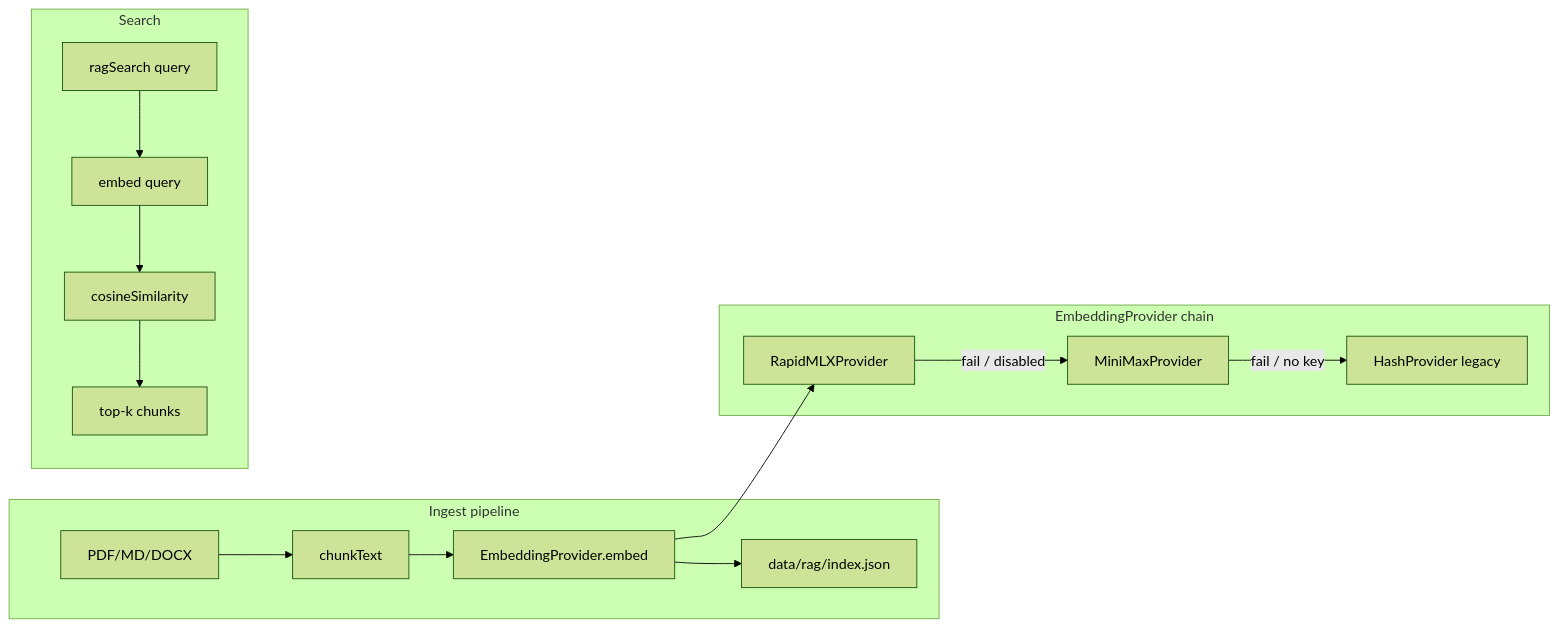
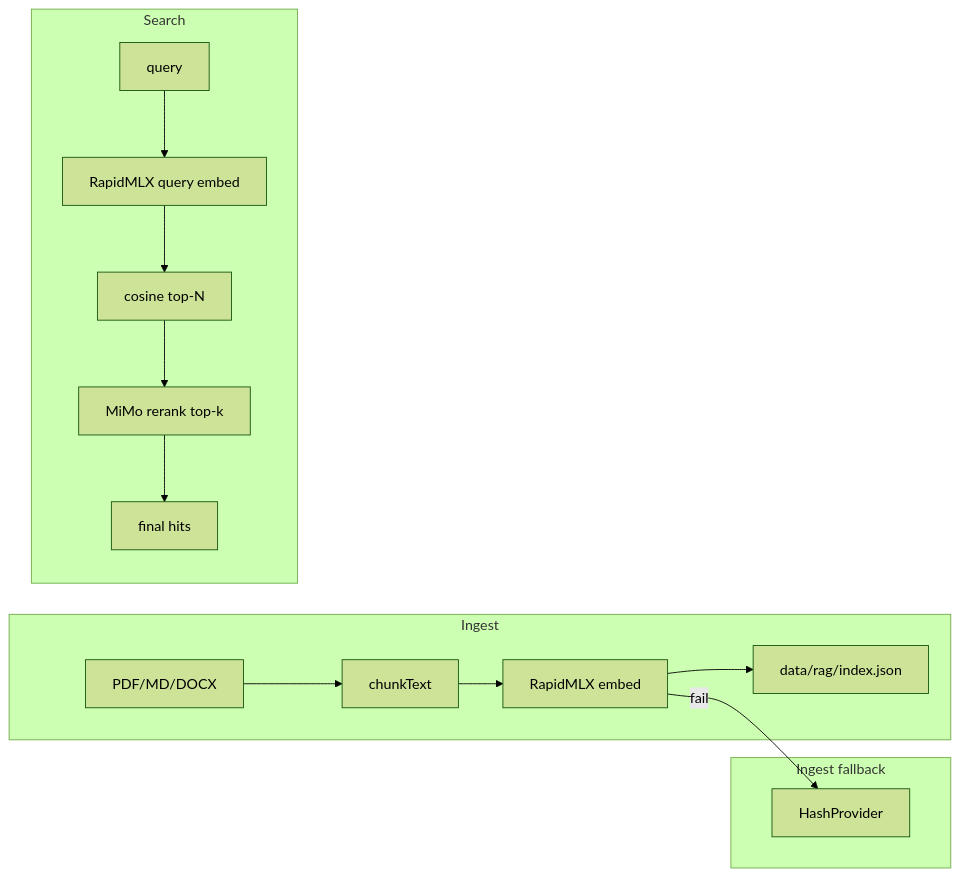
Before and after one commit to whelp99-code/whelp99-code-sangfor-engineer-mcp: the diagram in docs/design/RAG_SEMANTIC_EMBEDDINGS.md, drawn with Mermaid (forest theme). The commit also changed other lines of this file and 4 other files, not shown here.

First line of the commit message:
docs: correct cloud RAG provider to Xiaomi MiMo (not MiniMax)

````diff
--- a/docs/design/RAG_SEMANTIC_EMBEDDINGS.md
+++ b/docs/design/RAG_SEMANTIC_EMBEDDINGS.md
@@ -22,18 +22,17 @@
 ```mermaid
 flowchart LR
-  subgraph ingest [Ingest pipeline]
+  subgraph ingest [Ingest]
     DOC[PDF/MD/DOCX] --> CHUNK[chunkText]
-    CHUNK --> EMB[EmbeddingProvider.embed]
-    EMB --> IDX[data/rag/index.json]
-  end
-  subgraph providers [EmbeddingProvider chain]
-    EMB --> RMLX[RapidMLXProvider]
-    RMLX -->|fail / disabled| MINO[MiniMaxProvider]
-    MINO -->|fail / no key| HASH[HashProvider legacy]
+    CHUNK --> RMLX[RapidMLX embed]
+    RMLX --> IDX[data/rag/index.json]
   end
   subgraph query [Search]
-    Q[ragSearch query] --> EMBQ[embed query]
-    EMBQ --> COS[cosineSimilarity]
-    COS --> HITS[top-k chunks]
+    Q[query] --> EMBQ[RapidMLX query embed]
+    EMBQ --> COS[cosine top-N]
+    COS --> MIMO[MiMo rerank top-k]
+    MIMO --> HITS[final hits]
+  end
+  subgraph fallback [Ingest fallback]
+    RMLX -->|fail| HASH[HashProvider]
   end
 ```
````
